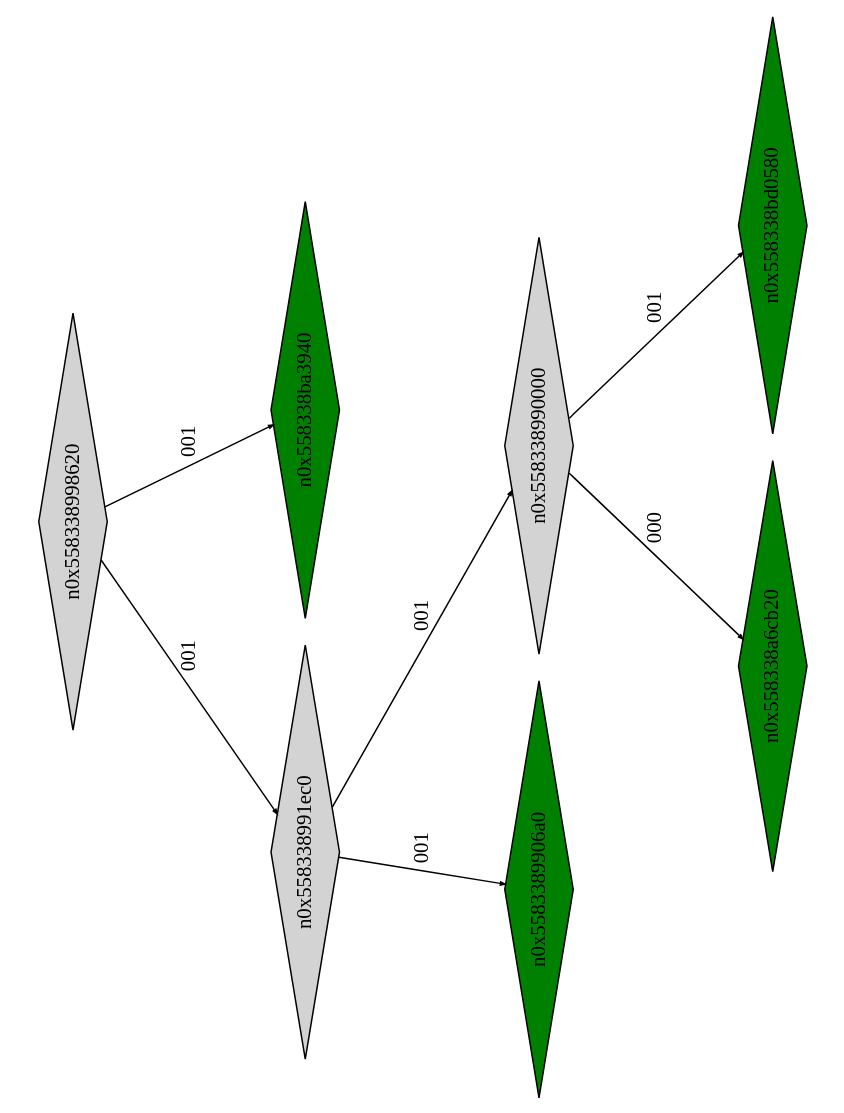
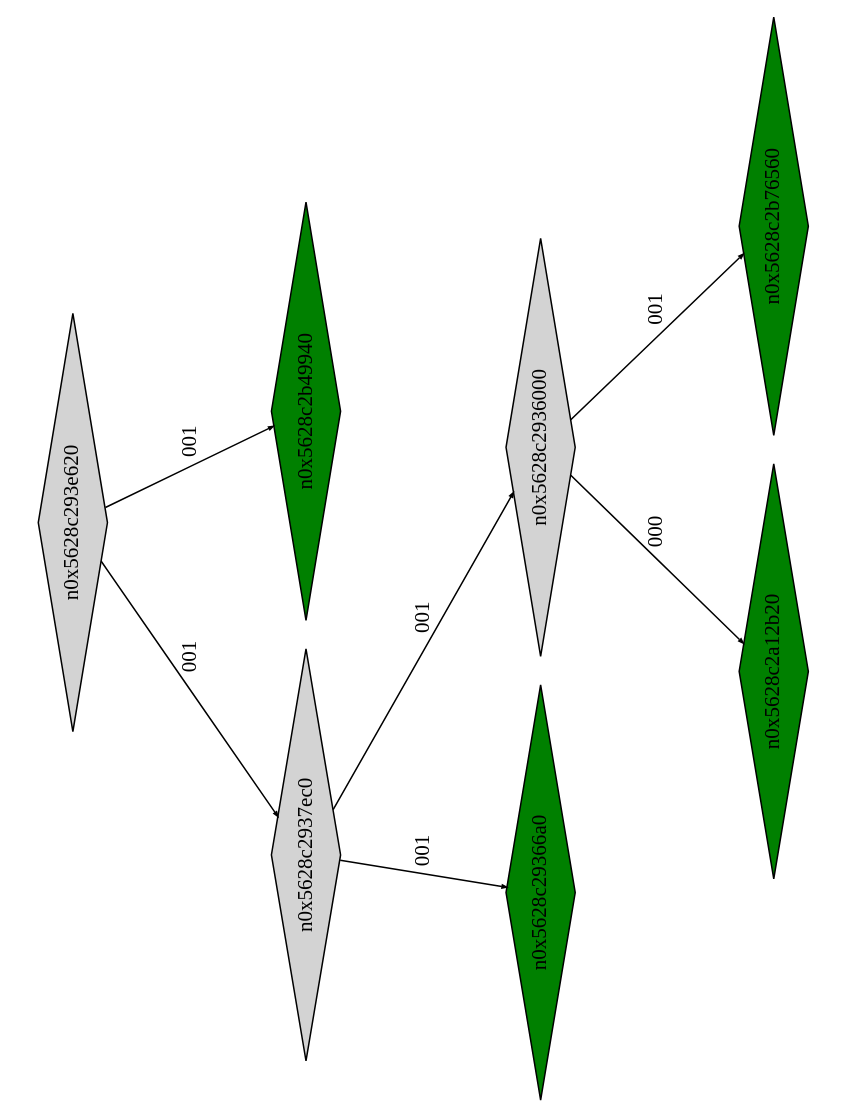
Before and after one commit to Research-Tools-PAVT/PSE-Program-Examples: the diagram in example1_klee_out/ptree_00000320.dot, drawn with Graphviz. The commit also changed 38 other files, not shown here.

```diff
--- a/example1_klee_out/ptree_00000320.dot
+++ b/example1_klee_out/ptree_00000320.dot
@@ -1,21 +1,21 @@
 digraph G {
 	size="10,7.5";
 	ratio=fill;
 	rotate=90;
 	center = "true";
 	node [style="filled",width=.1,height=.1,fontname="Terminus"]
 	edge [arrowsize=.3]
-	n0x558338998620 [shape=diamond];
-	n0x558338998620 -> n0x558338991ec0 [label=001];
-	n0x558338998620 -> n0x558338ba3940 [label=001];
-	n0x558338ba3940 [shape=diamond,fillcolor=green];
-	n0x558338991ec0 [shape=diamond];
-	n0x558338991ec0 -> n0x5583389906a0 [label=001];
-	n0x558338991ec0 -> n0x558338990000 [label=001];
-	n0x558338990000 [shape=diamond];
-	n0x558338990000 -> n0x558338a6cb20 [label=000];
-	n0x558338990000 -> n0x558338bd0580 [label=001];
-	n0x558338bd0580 [shape=diamond,fillcolor=green];
-	n0x558338a6cb20 [shape=diamond,fillcolor=green];
-	n0x5583389906a0 [shape=diamond,fillcolor=green];
+	n0x5628c293e620 [shape=diamond];
+	n0x5628c293e620 -> n0x5628c2937ec0 [label=001];
+	n0x5628c293e620 -> n0x5628c2b49940 [label=001];
+	n0x5628c2b49940 [shape=diamond,fillcolor=green];
+	n0x5628c2937ec0 [shape=diamond];
+	n0x5628c2937ec0 -> n0x5628c29366a0 [label=001];
+	n0x5628c2937ec0 -> n0x5628c2936000 [label=001];
+	n0x5628c2936000 [shape=diamond];
+	n0x5628c2936000 -> n0x5628c2a12b20 [label=000];
+	n0x5628c2936000 -> n0x5628c2b76560 [label=001];
+	n0x5628c2b76560 [shape=diamond,fillcolor=green];
+	n0x5628c2a12b20 [shape=diamond,fillcolor=green];
+	n0x5628c29366a0 [shape=diamond,fillcolor=green];
 }
```
